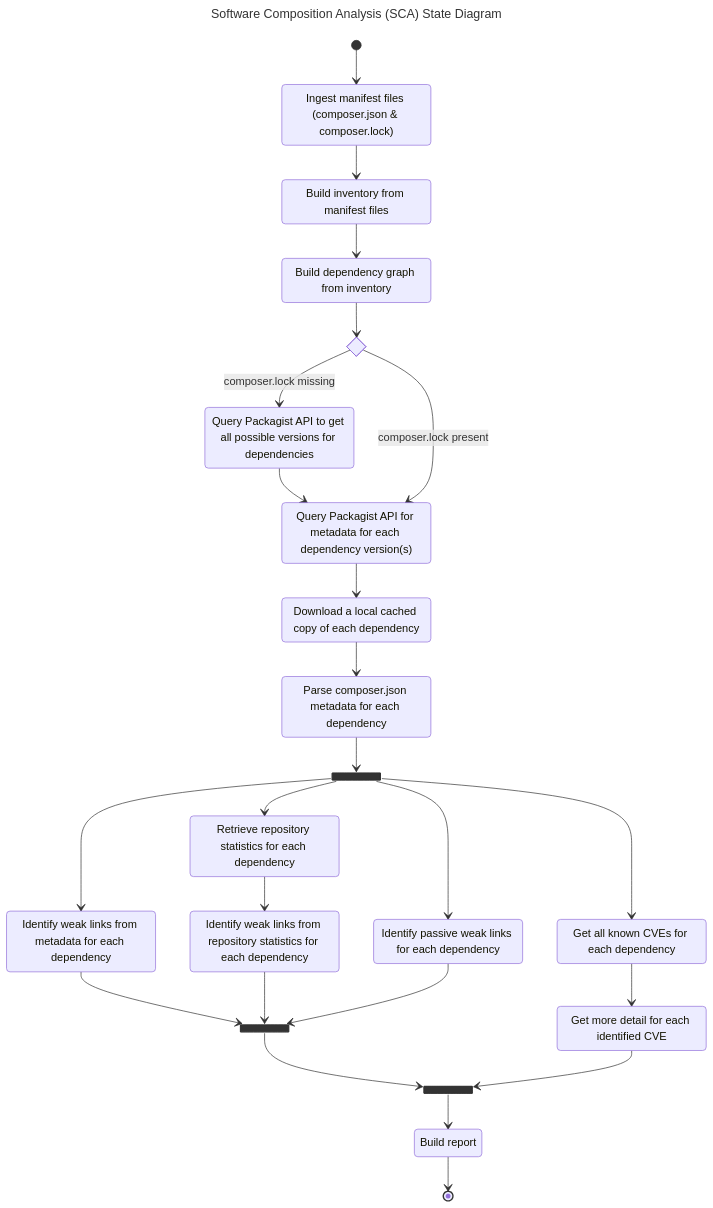
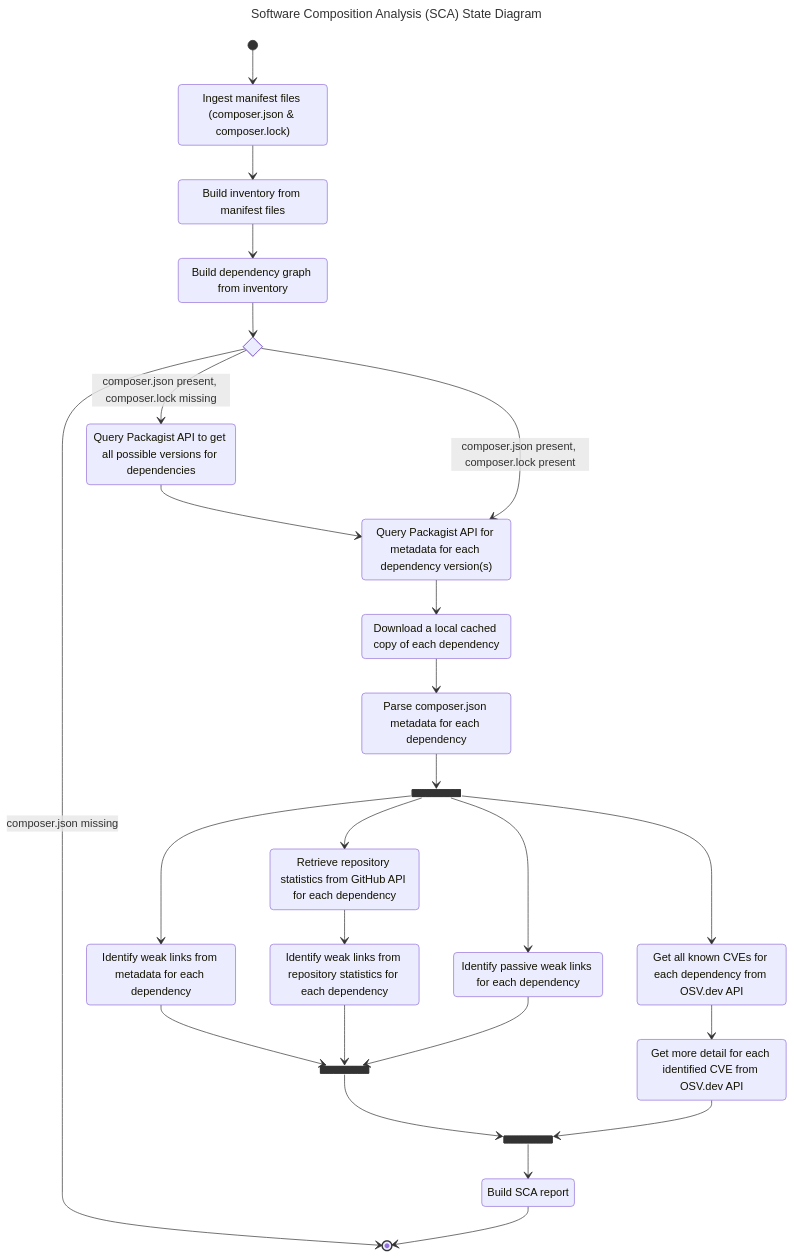
Before and after one commit to AlexWinder/SecAware: the second of 3 diagrams in README.md, drawn with Mermaid. The commit also changed other lines of this file, not shown here.

Commit message:
Improvements to state diagrams

````diff
--- a/README.md
+++ b/README.md
@@ -175,58 +179,59 @@
 ```mermaid
 ---
 title: Software Composition Analysis (SCA) State Diagram
 ---
 stateDiagram-v2
     state "Ingest manifest files (composer.json & composer.lock)" as ingestFiles
     state "Build inventory from manifest files" as buildInventory
     state "Build dependency graph from inventory" as buildDependencyGraph
     state "Query Packagist API to get all possible versions for dependencies" as getAllVersions
     state "Query Packagist API for metadata for each dependency version(s)" as getDependenciesMetadata
     state "Download a local cached copy of each dependency" as cacheDependency
     state "Parse composer.json metadata for each dependency" as parseDependenciesComposer
-    state "Get all known CVEs for each dependency" as cveTopLevel
-    state "Get more detail for each identified CVE" as cveExtraDetail
+    state "Get all known CVEs for each dependency from OSV.dev API" as cveTopLevel
+    state "Get more detail for each identified CVE from OSV.dev API" as cveExtraDetail
     state "Identify weak links from metadata for each dependency" as weakLinkMetadata
-    state "Retrieve repository statistics for each dependency" as retrieveRepositoryStatistics
+    state "Retrieve repository statistics from GitHub API for each dependency" as retrieveRepositoryStatistics
     state "Identify weak links from repository statistics for each dependency" as weakLinkRepositoryStatistics
     state "Identify passive weak links for each dependency" as weakLinkPassive
-    state "Build report" as buildReport
+    state "Build SCA report" as buildReport
 
     state ifGetPossibleVersions <<choice>>
     state analysisFork <<fork>>
     state weakLinkJoin <<join>>
     state analysisJoin <<join>>
 
     [*] --> ingestFiles
     ingestFiles --> buildInventory
     buildInventory --> buildDependencyGraph
 
     buildDependencyGraph --> ifGetPossibleVersions
 
-    ifGetPossibleVersions --> getAllVersions: composer.lock missing
+    ifGetPossibleVersions --> [*]: composer.json missing
+    ifGetPossibleVersions --> getAllVersions: composer.json present, composer.lock missing
     getAllVersions --> getDependenciesMetadata
-    ifGetPossibleVersions --> getDependenciesMetadata: composer.lock present
+    ifGetPossibleVersions --> getDependenciesMetadata: composer.json present, composer.lock present
 
     getDependenciesMetadata --> cacheDependency
     cacheDependency --> parseDependenciesComposer
 
     parseDependenciesComposer --> analysisFork
 
     analysisFork --> cveTopLevel
     cveTopLevel --> cveExtraDetail
 
     analysisFork --> weakLinkMetadata
     analysisFork --> retrieveRepositoryStatistics
     retrieveRepositoryStatistics --> weakLinkRepositoryStatistics
     analysisFork --> weakLinkPassive
 
     weakLinkMetadata --> weakLinkJoin
     weakLinkRepositoryStatistics --> weakLinkJoin
     weakLinkPassive --> weakLinkJoin
 
     weakLinkJoin --> analysisJoin
     cveExtraDetail --> analysisJoin
 
     analysisJoin --> buildReport
     buildReport --> [*]
 ```
````
